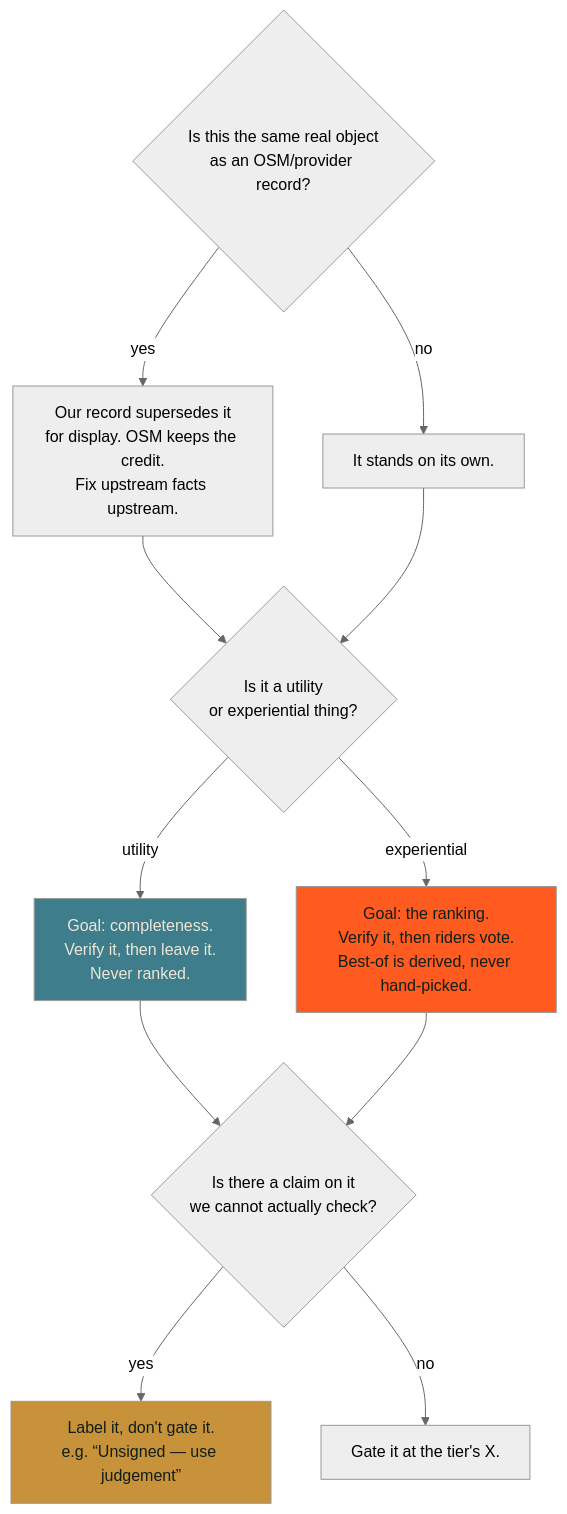
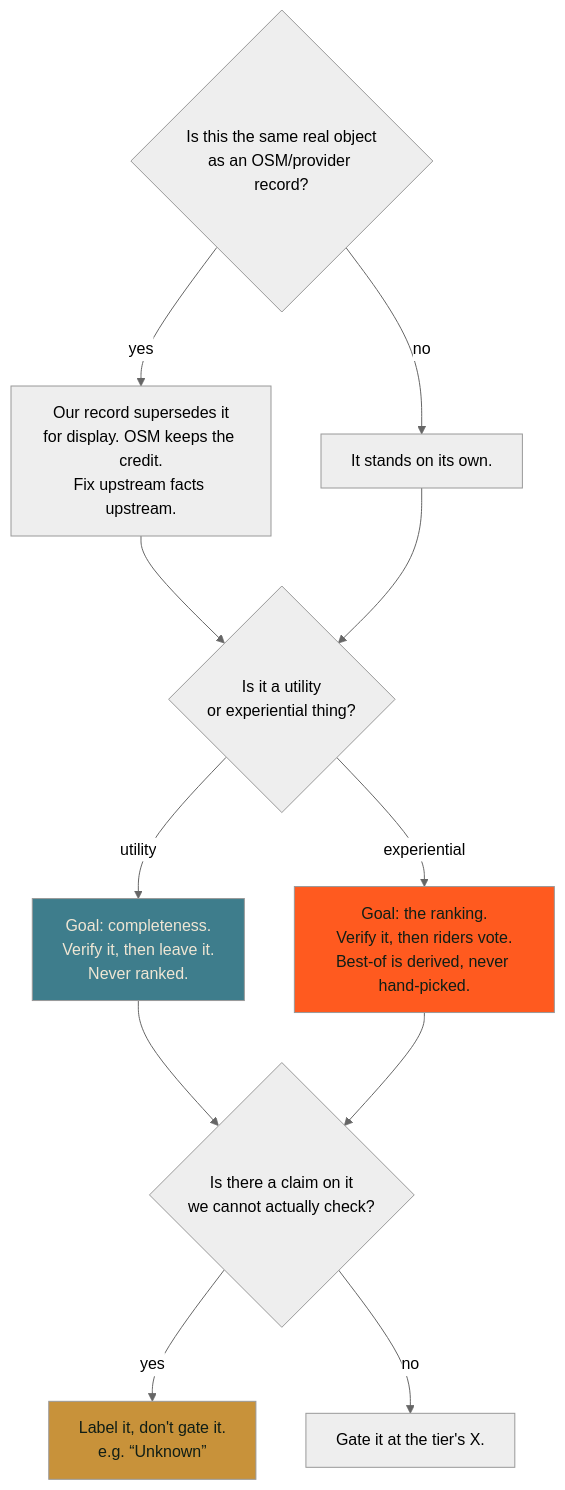
One commit to cycling-commons/cycling-commons changed the eighth of 8 diagrams in wiki/data-priority.md. Above: the diagram before and after it, drawn with Mermaid (neutral theme). The commit also changed other lines of this file and 16 other files, not shown here.

````diff
--- a/wiki/data-priority.md
+++ b/wiki/data-priority.md
@@ -453,19 +453,19 @@
 ```mermaid
 flowchart TD
     Q1{"Is this the same real object<br/>as an OSM/provider record?"}
     Q1 -->|yes| A1["Our record supersedes it<br/>for display. OSM keeps the credit.<br/>Fix upstream facts upstream."]
     Q1 -->|no| A2["It stands on its own."]
     A1 --> Q2
     A2 --> Q2
     Q2{"Is it a utility<br/>or experiential thing?"}
     Q2 -->|utility| A3["Goal: completeness.<br/>Verify it, then leave it.<br/>Never ranked."]
     Q2 -->|experiential| A4["Goal: the ranking.<br/>Verify it, then riders vote.<br/>Best-of is derived, never hand-picked."]
     A3 --> Q3
     A4 --> Q3
     Q3{"Is there a claim on it<br/>we cannot actually check?"}
-    Q3 -->|yes| A5["Label it, don't gate it.<br/>e.g. “Unsigned — use judgement”"]
+    Q3 -->|yes| A5["Label it, don't gate it.<br/>e.g. “Unknown”"]
     Q3 -->|no| A6["Gate it at the tier's X."]
     style A4 fill:#FF5A1F,color:#101E16
     style A3 fill:#3E7D8C,color:#EFE6D4
     style A5 fill:#C8923A,color:#101E16
 ```
````
